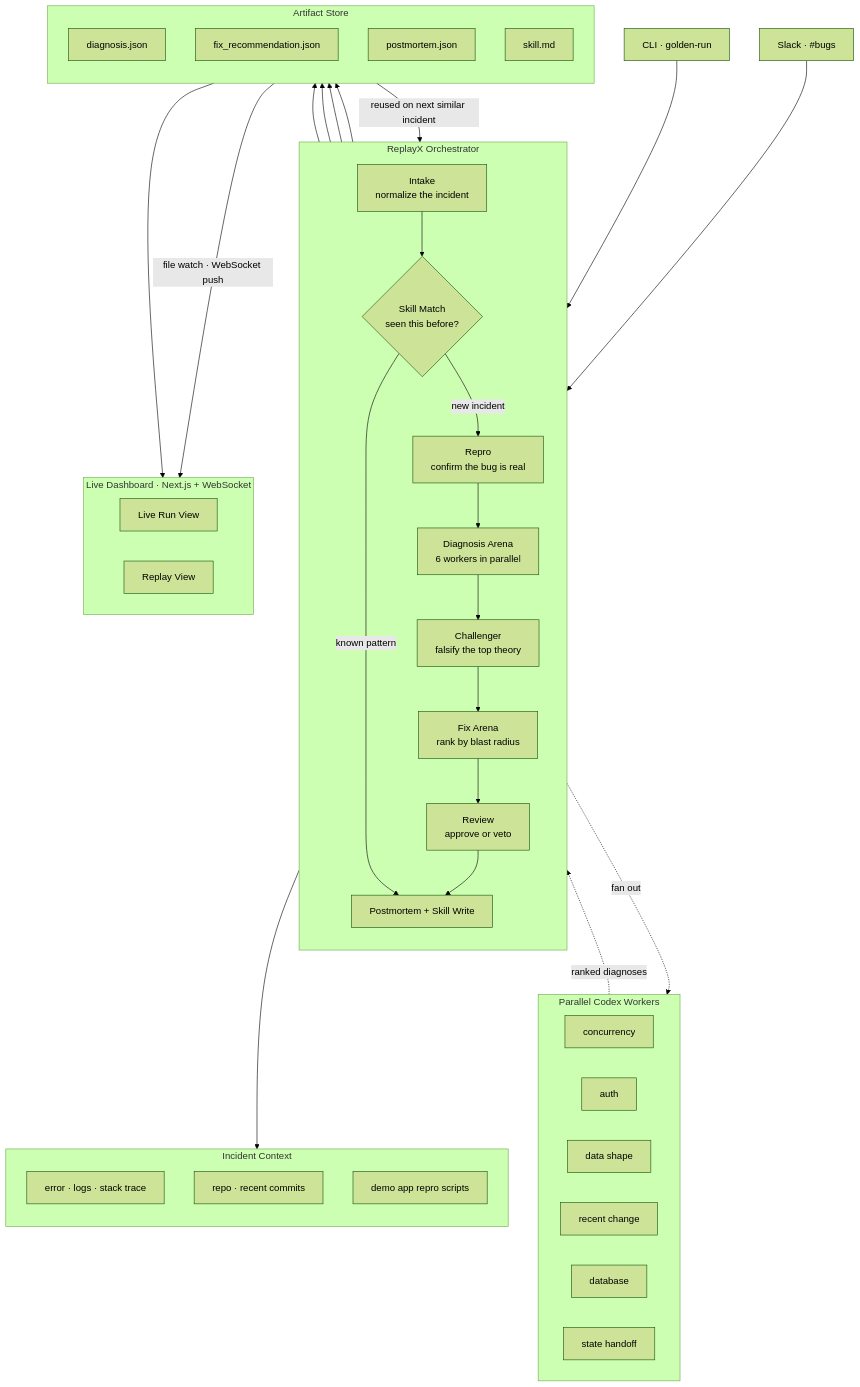
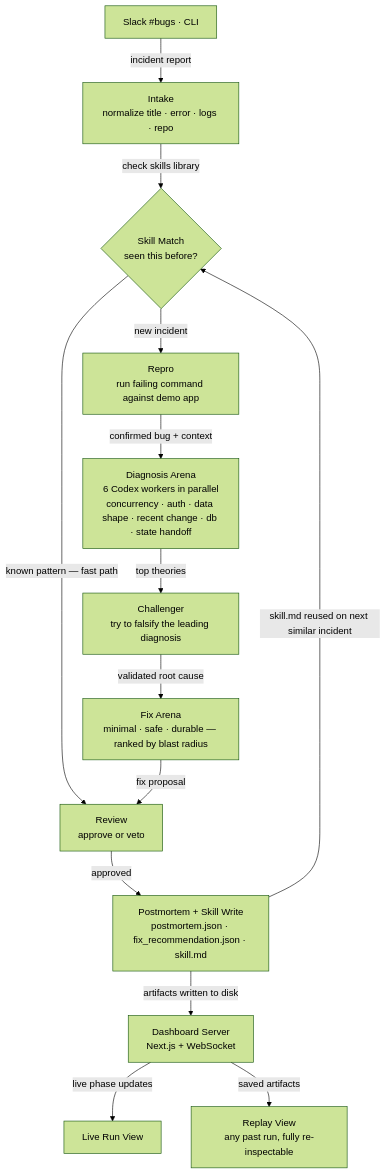
The diagram in architecture-flow.md (Kushagra1122/ReplayX), drawn with Mermaid (forest theme) before and after one commit.

````diff
--- a/architecture-flow.md
+++ b/architecture-flow.md
@@ -5,75 +5,19 @@
 ```mermaid
 flowchart TD
-    IN1["Slack · #bugs"]
-    IN2["CLI · golden-run"]
+    A["Slack #bugs · CLI"]
 
-    subgraph ORCH["ReplayX Orchestrator"]
-        direction TB
-        P1["Intake\nnormalize the incident"]
-        P2{"Skill Match\nseen this before?"}
-        P3["Repro\nconfirm the bug is real"]
-        P4["Diagnosis Arena\n6 workers in parallel"]
-        P5["Challenger\nfalsify the top theory"]
-        P6["Fix Arena\nrank by blast radius"]
-        P7["Review\napprove or veto"]
-        P8["Postmortem + Skill Write"]
+    A -->|incident report| B["Intake\nnormalize title · error · logs · repo"]
+    B -->|check skills library| C{"Skill Match\nseen this before?"}
+    C -->|known pattern — fast path| H
+    C -->|new incident| D["Repro\nrun failing command against demo app"]
+    D -->|confirmed bug + context| E["Diagnosis Arena\n6 Codex workers in parallel\nconcurrency · auth · data shape · recent change · db · state handoff"]
+    E -->|top theories| F["Challenger\ntry to falsify the leading diagnosis"]
+    F -->|validated root cause| G["Fix Arena\nminimal · safe · durable — ranked by blast radius"]
+    G -->|fix proposal| H["Review\napprove or veto"]
+    H -->|approved| I["Postmortem + Skill Write\npostmortem.json · fix_recommendation.json · skill.md"]
+    I -->|skill.md reused on next similar incident| C
 
-        P1 --> P2
-        P2 -->|known pattern| P8
-        P2 -->|new incident| P3
-        P3 --> P4
-        P4 --> P5
-        P5 --> P6
-        P6 --> P7
-        P7 --> P8
-    end
-
-    subgraph WORKERS["Parallel Codex Workers"]
-        direction LR
-        W1["concurrency"]
-        W2["auth"]
-        W3["data shape"]
-        W4["recent change"]
-        W5["database"]
-        W6["state handoff"]
-    end
-
-    subgraph CTX["Incident Context"]
-        direction TB
-        C1["error · logs · stack trace"]
-        C2["repo · recent commits"]
-        C3["demo app repro scripts"]
-    end
-
-    subgraph ART["Artifact Store"]
-        direction TB
-        A1["diagnosis.json"]
-        A2["fix_recommendation.json"]
-        A3["postmortem.json"]
-        A4["skill.md"]
-    end
-
-    subgraph DASH["Live Dashboard · Next.js + WebSocket"]
-        direction LR
-        D1["Live Run View"]
-        D2["Replay View"]
-    end
-
-    IN1 --> P1
-    IN2 --> P1
-
-    P3 --> CTX
-
-    P4 -.->|fan out| WORKERS
-    WORKERS -.->|ranked diagnoses| P5
-
-    P4 --> A1
-    P6 --> A2
-    P8 --> A3
-    P8 --> A4
-
-    A4 -->|reused on next similar incident| P2
-
-    ART -->|file watch · WebSocket push| D1
-    ART --> D2
+    I -->|artifacts written to disk| J["Dashboard Server\nNext.js + WebSocket"]
+    J -->|live phase updates| K["Live Run View"]
+    J -->|saved artifacts| L["Replay View\nany past run, fully re-inspectable"]
 ```
````
